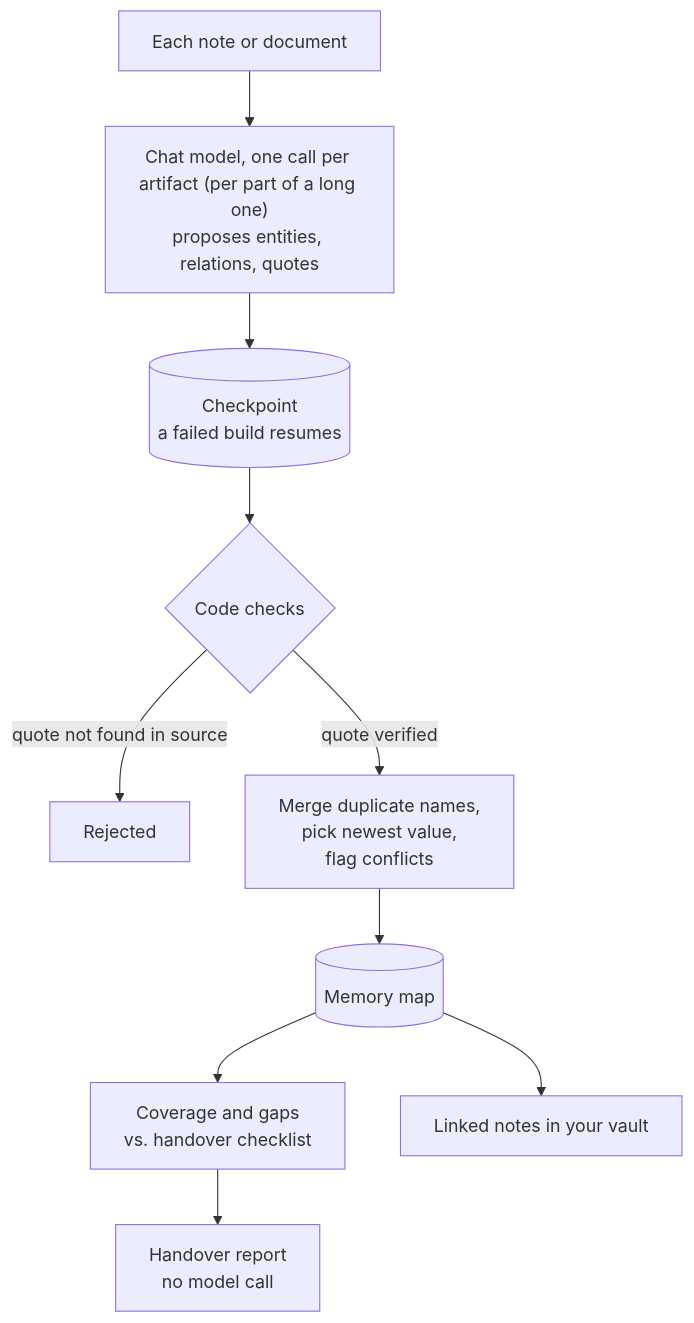
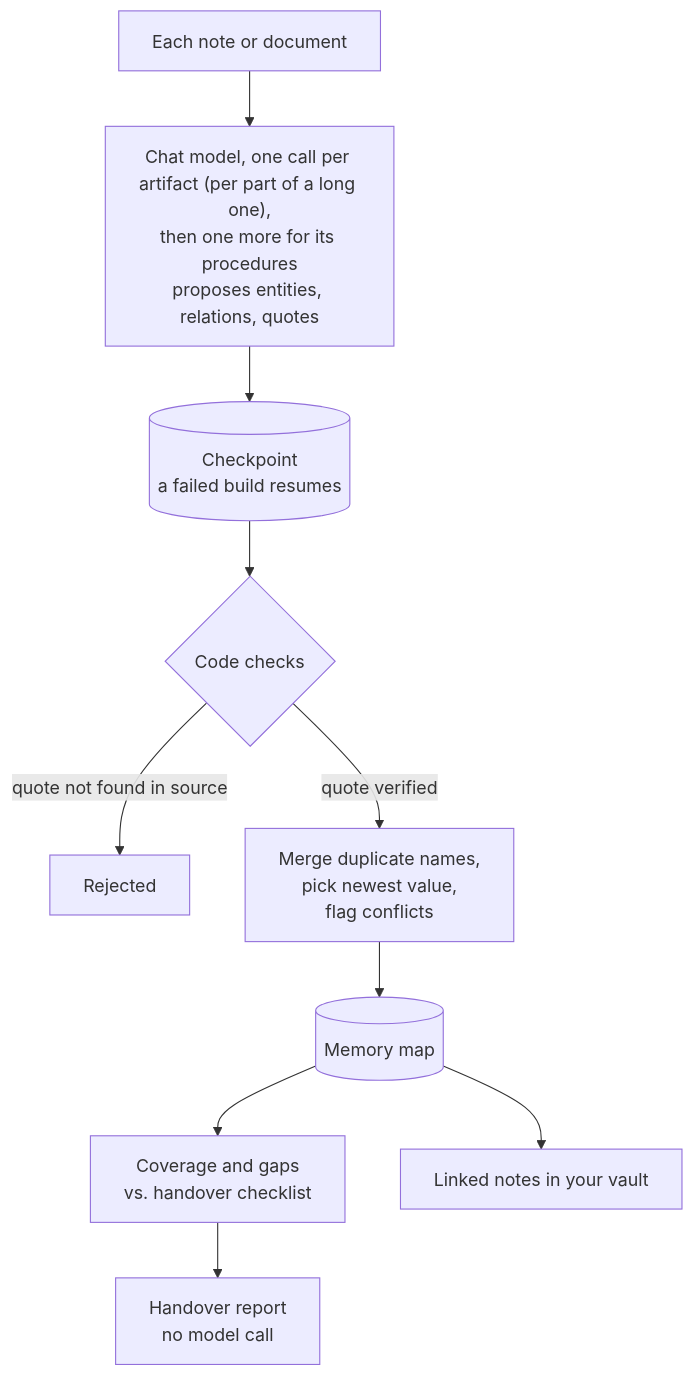
One commit to pluptak/maintenance-handover changed the third of 4 diagrams in README.md. Above: the diagram before and after it, drawn with Mermaid.

````diff
--- a/README.md
+++ b/README.md
@@ -140,12 +140,12 @@
 ```mermaid
 flowchart TD
-    A["Each note or document"] --> M["Chat model, one call per artifact (per part of a long one)<br/>proposes entities, relations, quotes"]
+    A["Each note or document"] --> M["Chat model, one call per artifact (per part of a long one),<br/>then one more for its procedures<br/>proposes entities, relations, quotes"]
     M --> K[("Checkpoint<br/>a failed build resumes")]
     K --> V{"Code checks"}
     V -->|"quote not found in source"| X["Rejected"]
     V -->|"quote verified"| I["Merge duplicate names,<br/>pick newest value,<br/>flag conflicts"]
     I --> MAP[("Memory map")]
     MAP --> G["Coverage and gaps<br/>vs. handover checklist"]
     MAP --> N["Linked notes in your vault"]
     G --> R["Handover report<br/>no model call"]
 ```
````
